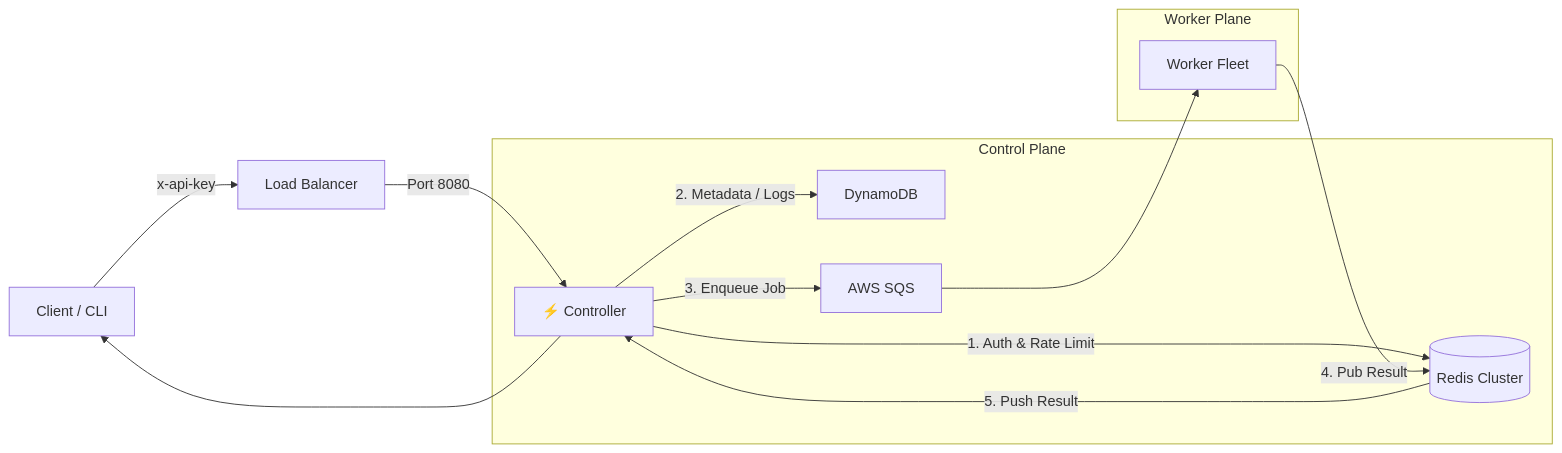
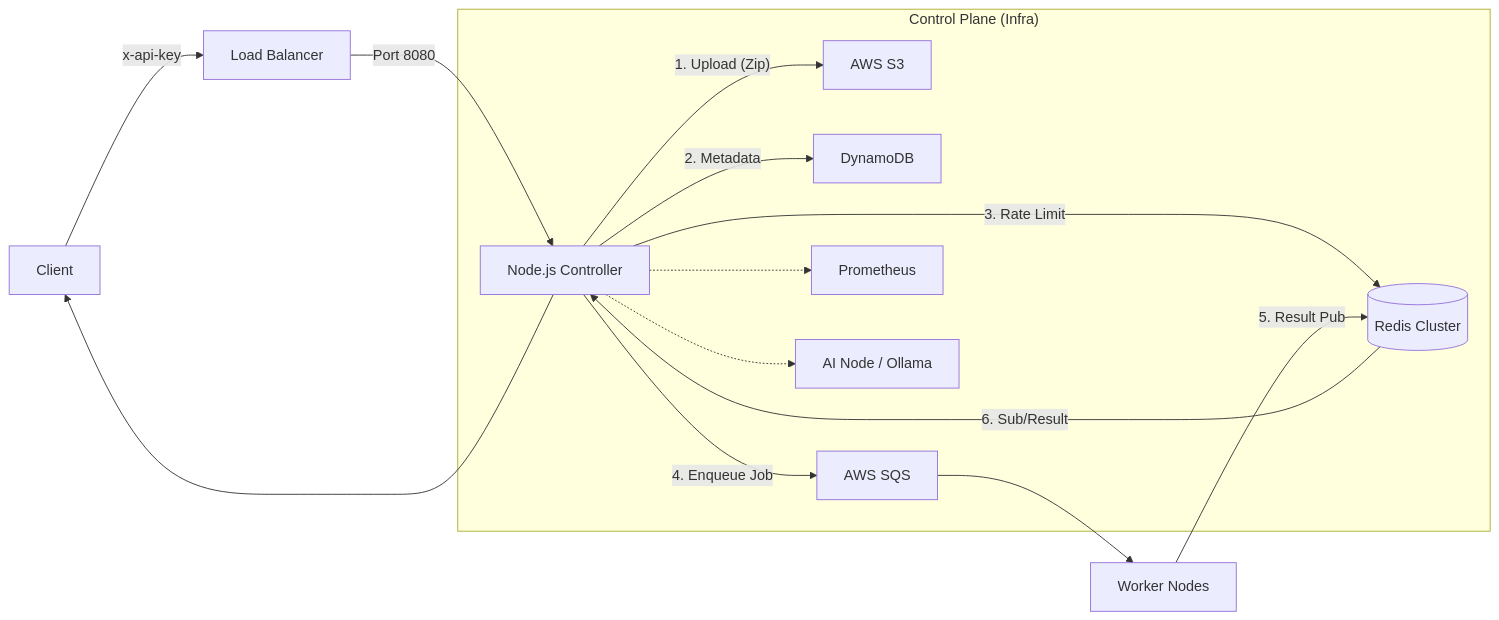
Before and after one commit to sangmu1126/FaaS-Platform: the diagram in README.md, drawn with Mermaid.

Commit message:
update README: mermaid graph

````diff
--- a/README.md
+++ b/README.md
@@ -28,19 +28,20 @@
 ```mermaid
 graph LR
-    User[Client / CLI] -- "x-api-key" --> ALB[Load Balancer]
-    ALB -- Port 8080 --> Control[⚡ Controller]
+    User[Client] -- "x-api-key" --> ALB[Load Balancer]
+    ALB -- Port 8080 --> Controller[Node.js Controller]
     
-    subgraph "Control Plane"
-        Control -- "1. Auth & Rate Limit" --> Redis[(Redis Cluster)]
-        Control -- "2. Metadata / Logs" --> DDB[DynamoDB]
-        Control -- "3. Enqueue Job" --> SQS[AWS SQS]
+    subgraph "Control Plane (Infra)"
+    Controller -- "1. Upload (Zip)" --> S3[AWS S3]
+    Controller -- "2. Metadata" --> DDB[DynamoDB]
+    Controller -- "3. Rate Limit" --> Redis[(Redis Cluster)]
+    Controller -- "4. Enqueue Job" --> SQS[AWS SQS]
+    
+    Controller -.-> Prom[Prometheus]
+    Controller -.-> AINode[AI Node / Ollama]
     end
 
-    subgraph "Worker Plane"
-        SQS --> Worker[Worker Fleet]
-        Worker -- "4. Pub Result" --> Redis
-    end
-    
-    Redis -- "5. Push Result" --> Control
-    Control --> User
+    SQS --> Worker[Worker Nodes]
+    Worker -- "5. Result Pub" --> Redis
+    Redis -- "6. Sub/Result" --> Controller
+    Controller --> User
 ```
````
